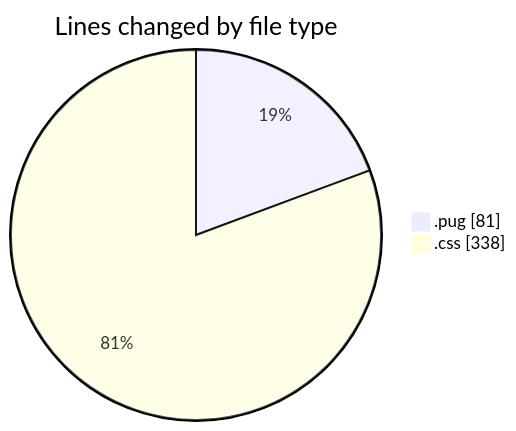
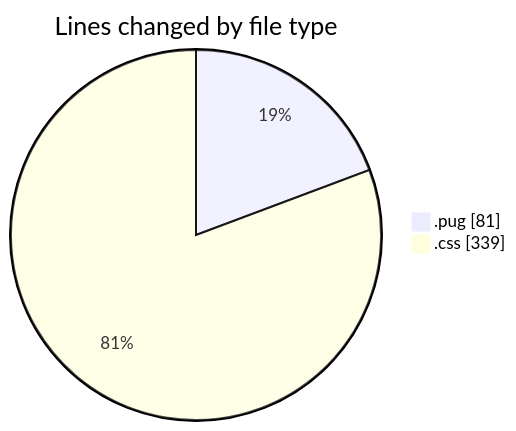
One commit to momahboobian/code-tracking changed the first of 2 diagrams in 2025-11-05/cda/README.md. Above: the diagram before and after it, drawn with Mermaid. The commit also changed other lines of this file and 1 other file, not shown here.

````diff
--- a/2025-11-05/cda/README.md
+++ b/2025-11-05/cda/README.md
@@ -21,6 +21,6 @@
 ```mermaid
 pie showData
 title Lines changed by file type
 ".pug" : 81
-".css" : 338
+".css" : 339
 ```
````
